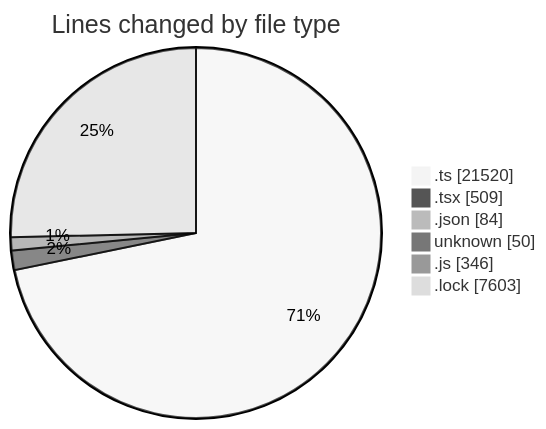
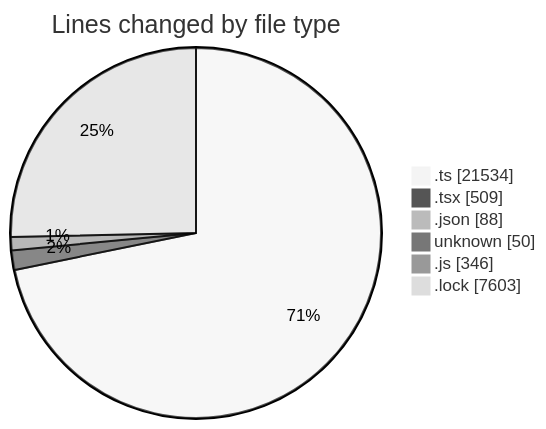
One commit to momahboobian/code-tracking changed the first of 2 diagrams in 2025-11-28/cda/README.md. Above: the diagram before and after it, drawn with Mermaid (neutral theme). The commit also changed other lines of this file and 1 other file, not shown here.

````diff
--- a/2025-11-28/cda/README.md
+++ b/2025-11-28/cda/README.md
@@ -33,10 +33,10 @@
 ```mermaid
 pie showData
 title Lines changed by file type
-".ts" : 21520
+".ts" : 21534
 ".tsx" : 509
-".json" : 84
+".json" : 88
 "unknown" : 50
 ".js" : 346
 ".lock" : 7603
 ```
````
